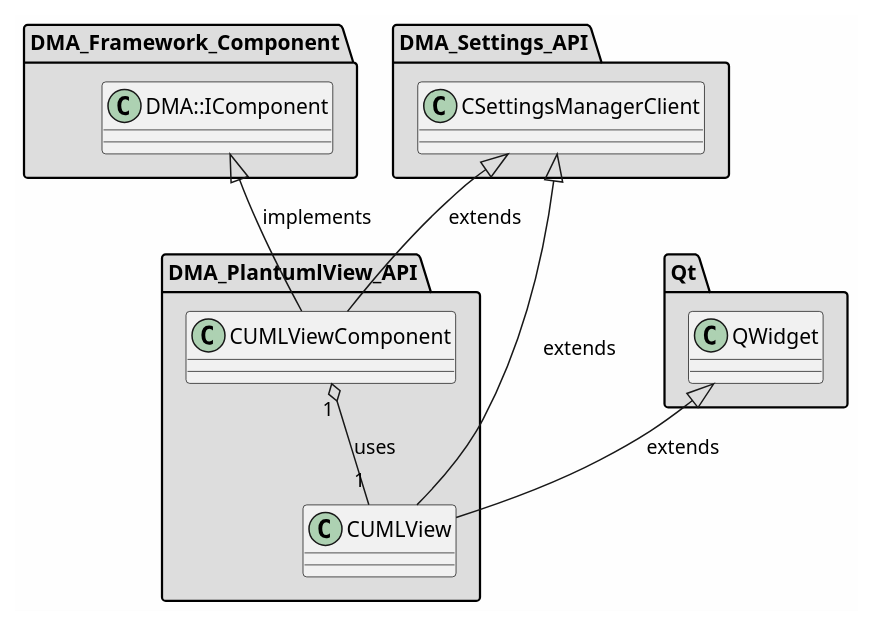
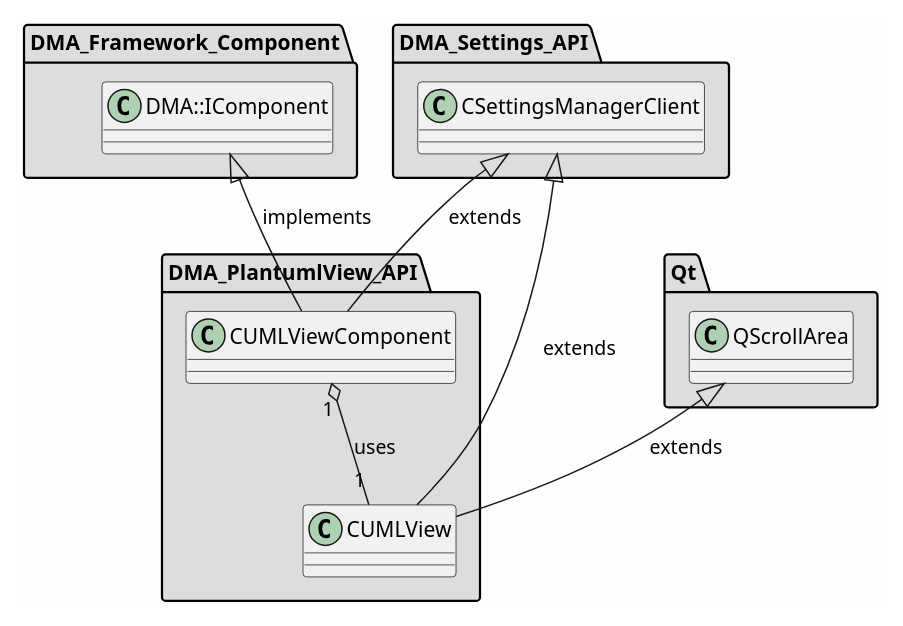
Before and after one commit to svlad-90/DLT-Message-Analyzer: the diagram in md/dev_docs/puml/DMA_PlantumlView_API_standalone.puml, drawn with PlantUML. The commit also changed 83 other files, not shown here.

```diff
--- a/md/dev_docs/puml/DMA_PlantumlView_API_standalone.puml
+++ b/md/dev_docs/puml/DMA_PlantumlView_API_standalone.puml
@@ -2,54 +2,54 @@
 @startuml
 
 skinparam backgroundColor #FEFEFE
 skinparam wrapWidth 600
 package "DMA_Framework_Component" #DDDDDD
 {
 
 class "DMA::IComponent"
 {
 }
 
 }
 
 package "DMA_PlantumlView_API" #DDDDDD
 {
 
 class "CUMLView"
 {
 }
 
 class "CUMLViewComponent"
 {
 }
 
 }
 
 package "DMA_Settings_API" #DDDDDD
 {
 
 class "CSettingsManagerClient"
 {
 }
 
 }
 
 package "Qt" #DDDDDD
 {
 
-class "QWidget"
+class "QScrollArea"
 {
 }
 
 }
 
 '====================Inheritance section====================
 CSettingsManagerClient <|-- CUMLView : extends
-QWidget <|-- CUMLView : extends
+QScrollArea <|-- CUMLView : extends
 CSettingsManagerClient <|-- CUMLViewComponent : extends
 DMA::IComponent <|-- CUMLViewComponent : implements
 
 '====================Dependencies section====================
 CUMLViewComponent "1" o-- "1" CUMLView : uses
 
 @enduml
```
